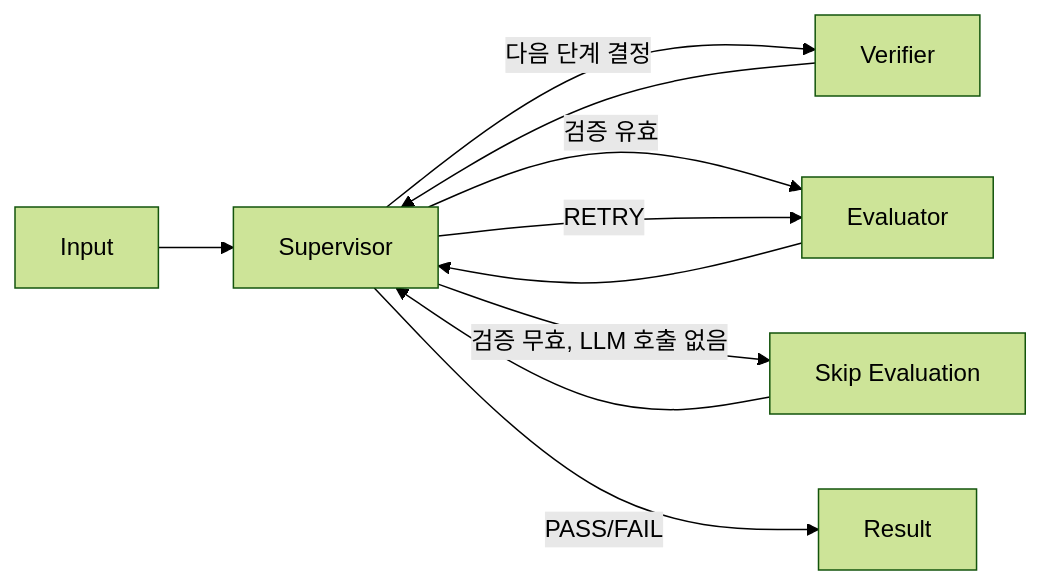
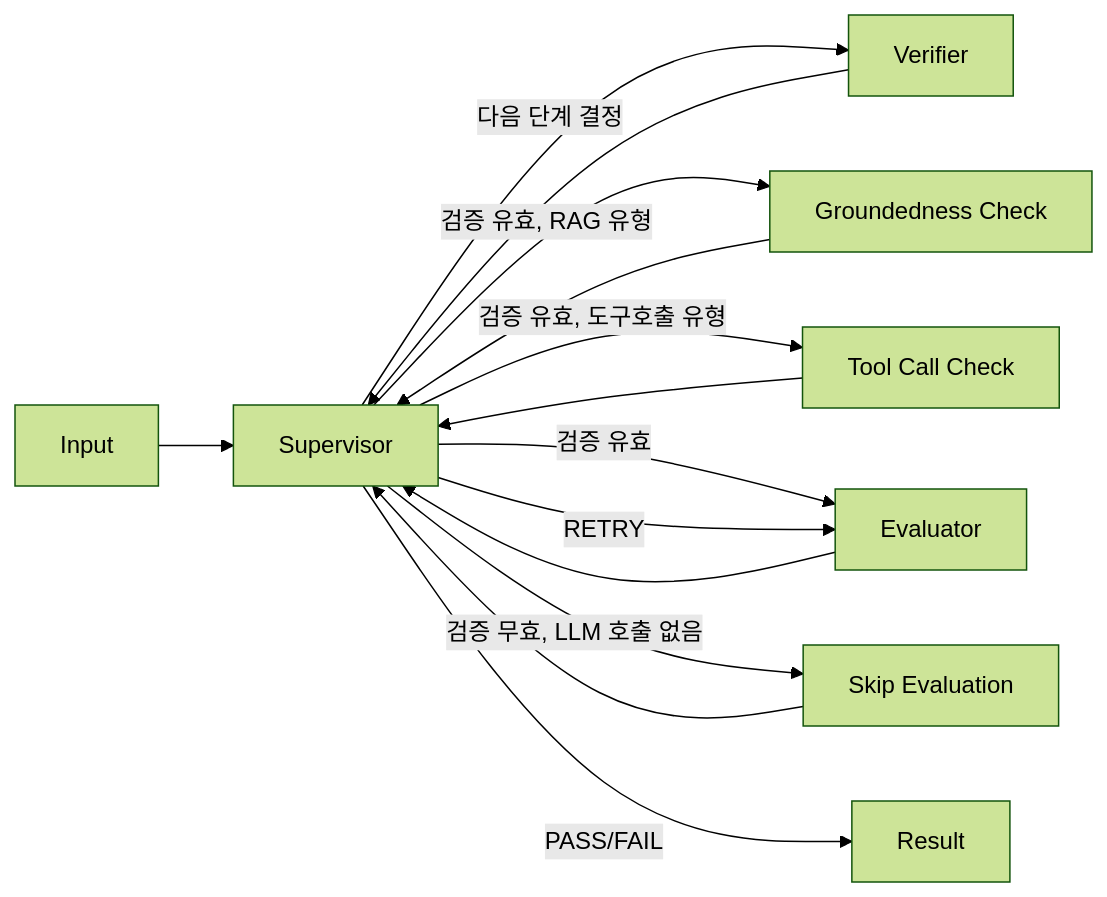
Before and after one commit to hjyoon99/AIEvalPlatform: the first of 2 diagrams in docs/AI-Evaluation-Engine.md, drawn with Mermaid (forest theme). The commit also changed other lines of this file and 4 other files, not shown here.

````diff
--- a/docs/AI-Evaluation-Engine.md
+++ b/docs/AI-Evaluation-Engine.md
@@ -9,12 +9,16 @@
 ```mermaid
 flowchart LR
     Input --> Supervisor
     Supervisor -->|다음 단계 결정| Verifier
+    Supervisor -->|검증 유효, RAG 유형| Groundedness[Groundedness Check]
+    Supervisor -->|검증 유효, 도구호출 유형| ToolCall[Tool Call Check]
     Supervisor -->|검증 유효| Evaluator
     Supervisor -->|검증 무효, LLM 호출 없음| SkipEvaluation[Skip Evaluation]
     Verifier --> Supervisor
+    Groundedness --> Supervisor
+    ToolCall --> Supervisor
     Evaluator --> Supervisor
     SkipEvaluation --> Supervisor
     Supervisor -->|RETRY| Evaluator
     Supervisor -->|PASS/FAIL| Result
 ```
````
